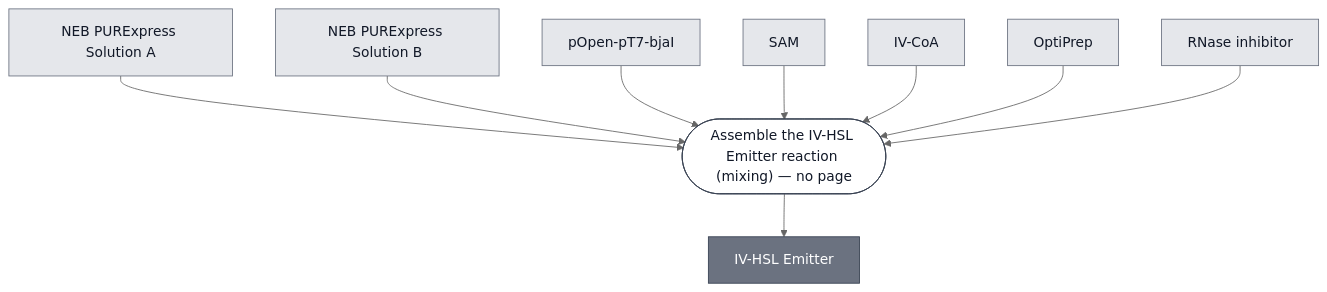
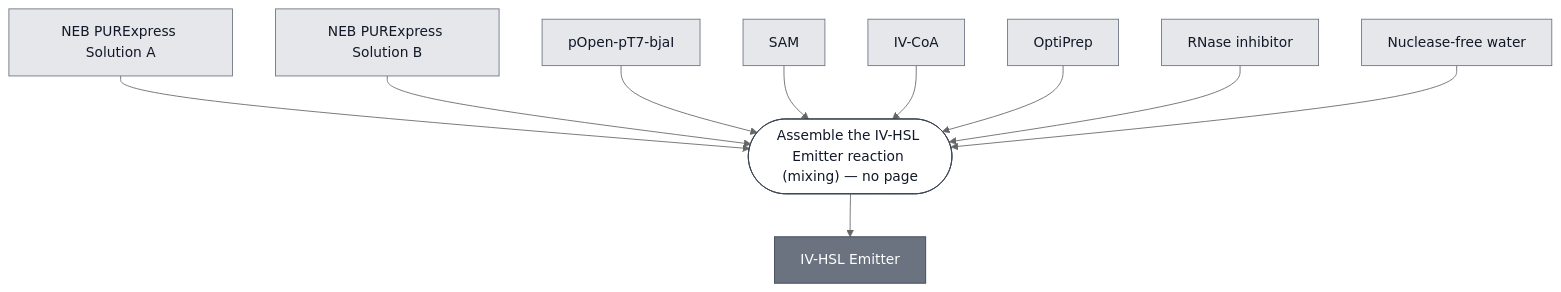
The diagram in docs/modules/emitter-ivhsl/spec.md (nucleus-eng/nucleus-docs), drawn with Mermaid (neutral theme) before and after one commit. The commit also changed 46 other files, not shown here.

````diff
--- a/docs/modules/emitter-ivhsl/spec.md
+++ b/docs/modules/emitter-ivhsl/spec.md
@@ -29,32 +29,34 @@
 ```mermaid
 flowchart TD
     PUREXPRESS_SOLUTION_A["NEB PURExpress Solution A"]
     PUREXPRESS_SOLUTION_B["NEB PURExpress Solution B"]
     BJAI_DNA["pOpen-pT7-bjaI"]
     SAM["SAM"]
     IV_COA["IV-CoA"]
     OPTIPREP["OptiPrep"]
     RNASE_INHIBITOR["RNase inhibitor"]
+    WATER["Nuclease-free water"]
 
     P1_ASSEMBLE_REACTION_0(["Assemble the IV-HSL Emitter reaction (mixing) — no page"])
     EMITTER_IVHSL["IV-HSL Emitter"]
 
     PUREXPRESS_SOLUTION_A --> P1_ASSEMBLE_REACTION_0
     PUREXPRESS_SOLUTION_B --> P1_ASSEMBLE_REACTION_0
     BJAI_DNA --> P1_ASSEMBLE_REACTION_0
     SAM --> P1_ASSEMBLE_REACTION_0
     IV_COA --> P1_ASSEMBLE_REACTION_0
     OPTIPREP --> P1_ASSEMBLE_REACTION_0
     RNASE_INHIBITOR --> P1_ASSEMBLE_REACTION_0
+    WATER --> P1_ASSEMBLE_REACTION_0
     P1_ASSEMBLE_REACTION_0 --> EMITTER_IVHSL
 
 
     classDef leaf     fill:#e5e7eb,stroke:#6b7280,color:#111827;
     classDef composed fill:#6b7280,stroke:#374151,color:#ffffff;
     classDef process  fill:#ffffff,stroke:#374151,color:#111827;
-    class PUREXPRESS_SOLUTION_A,PUREXPRESS_SOLUTION_B,BJAI_DNA,SAM,IV_COA,OPTIPREP,RNASE_INHIBITOR leaf;
+    class PUREXPRESS_SOLUTION_A,PUREXPRESS_SOLUTION_B,BJAI_DNA,SAM,IV_COA,OPTIPREP,RNASE_INHIBITOR,WATER leaf;
     class EMITTER_IVHSL composed;
     class P1_ASSEMBLE_REACTION_0 process;
 
     click EMITTER_IVHSL "/docs/modules/emitter-ivhsl/spec"
 ```
````
